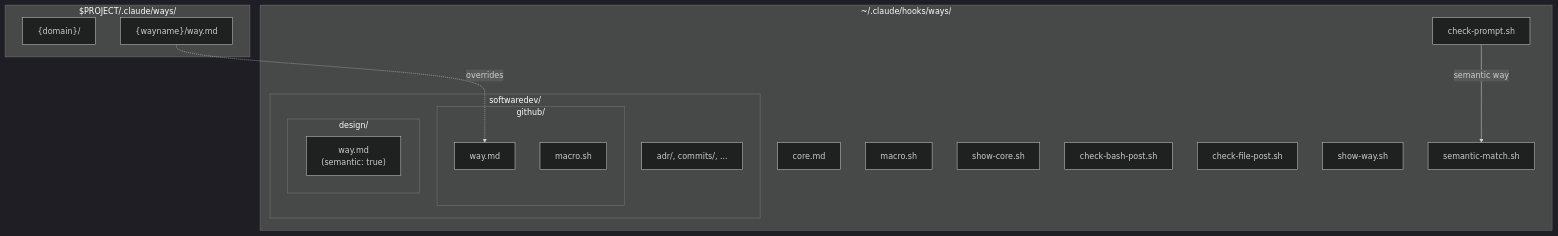
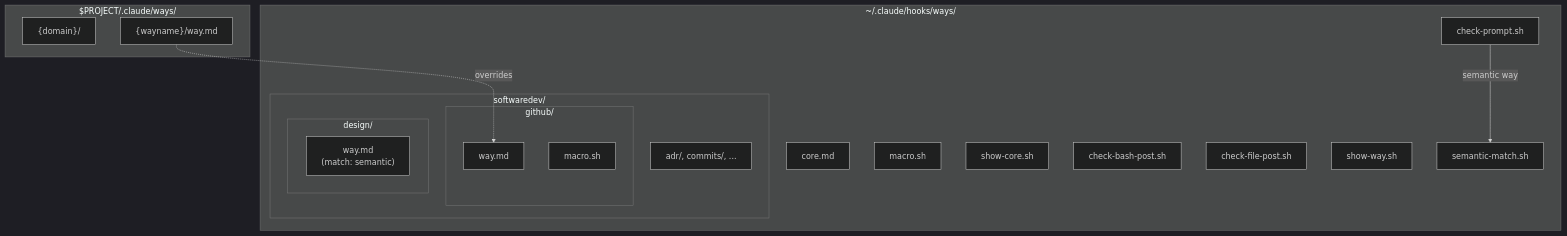
Before and after one commit to aaronsb/claude-code-config: the sixth of 8 diagrams in docs/architecture.md, drawn with Mermaid (dark theme). The commit also changed other lines of this file and 1 other file, not shown here.

````diff
--- a/docs/architecture.md
+++ b/docs/architecture.md
@@ -178,32 +178,32 @@
 ```mermaid
 flowchart TB
     subgraph Global["~/.claude/hooks/ways/"]
         Core[core.md]
         Macro[macro.sh]
         ShowCore[show-core.sh]
         CheckP[check-prompt.sh]
         CheckB[check-bash-post.sh]
         CheckF[check-file-post.sh]
         ShowW[show-way.sh]
         Semantic[semantic-match.sh]
 
         subgraph Domain["softwaredev/"]
             subgraph WayDir["github/"]
                 WayMD[way.md]
                 WayMacro[macro.sh]
             end
             subgraph DesignDir["design/"]
-                DesignMD["way.md<br/>(semantic: true)"]
+                DesignMD["way.md<br/>(match: semantic)"]
             end
             Other["adr/, commits/, ..."]
         end
     end
 
     subgraph Project["$PROJECT/.claude/ways/"]
         ProjDomain["{domain}/"]
         ProjWay["{wayname}/way.md"]
     end
 
     CheckP -->|semantic way| Semantic
     ProjWay -.->|overrides| WayMD
 ```
````
